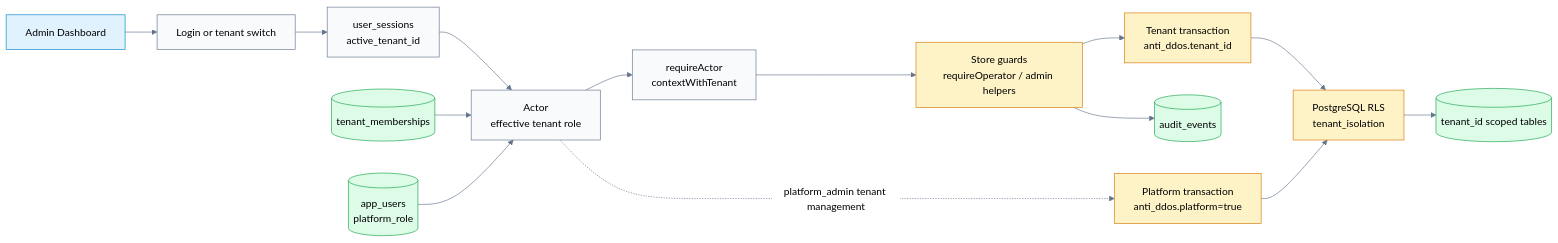
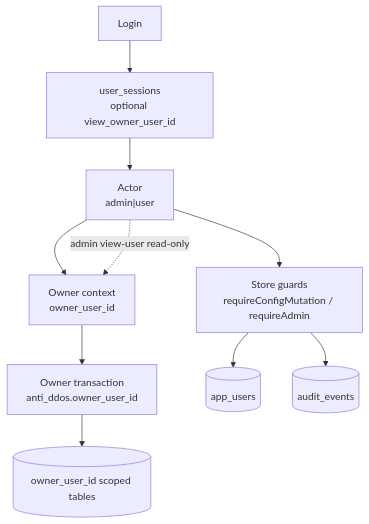
The diagram in docs/diagrams/system-architecture/tenant-rbac-flow.mmd (ken9xkyo/anti-ddos), drawn with Mermaid before and after one commit. The commit also changed 55 other files, not shown here.

```diff
--- a/docs/diagrams/system-architecture/tenant-rbac-flow.mmd
+++ b/docs/diagrams/system-architecture/tenant-rbac-flow.mmd
@@ -1,38 +1,18 @@
-%%{init: {'theme':'base','themeVariables': {'primaryColor':'#f8fafc','primaryTextColor':'#000000','primaryBorderColor':'#94a3b8','lineColor':'#64748b','secondaryColor':'#e0f2fe','tertiaryColor':'#fef3c7','background':'#ffffff','mainBkg':'#ffffff','nodeBorder':'#94a3b8','clusterBkg':'#f8fafc','clusterBorder':'#cbd5e1','titleColor':'#000000','edgeLabelBackground':'#ffffff','textColor':'#000000'}}}%%
-flowchart LR
-    dashboard["Admin Dashboard"]
-    login["Login or tenant switch"]
-    session["user_sessions<br/>active_tenant_id"]
-    actor["Actor<br/>effective tenant role"]
-    membership[("tenant_memberships")]
-    platform[("app_users<br/>platform_role")]
-    requireActor["requireActor<br/>contextWithTenant"]
-    guard["Store guards<br/>requireOperator / admin helpers"]
-    tenantTx["Tenant transaction<br/>anti_ddos.tenant_id"]
-    platformTx["Platform transaction<br/>anti_ddos.platform=true"]
-    rls["PostgreSQL RLS<br/>tenant_isolation"]
-    tenantData[("tenant_id scoped tables")]
+flowchart TD
+    login["Login"]
+    session["user_sessions<br/>optional view_owner_user_id"]
+    actor["Actor<br/>admin|user"]
+    owner["Owner context<br/>owner_user_id"]
+    guard["Store guards<br/>requireConfigMutation / requireAdmin"]
+    ownerTx["Owner transaction<br/>anti_ddos.owner_user_id"]
+    data[("owner_user_id scoped tables")]
+    account[("app_users")]
     audit[("audit_events")]
 
-    dashboard --> login
-    login --> session
-    membership --> actor
-    platform --> actor
-    session --> actor
-    actor --> requireActor
-    requireActor --> guard
-    guard --> tenantTx
-    actor -. "platform_admin tenant management" .-> platformTx
-    tenantTx --> rls
-    platformTx --> rls
-    rls --> tenantData
+    login --> session --> actor
+    actor --> owner
+    actor --> guard
+    owner --> ownerTx --> data
+    guard --> account
     guard --> audit
-
-    classDef ui fill:#e0f2fe,stroke:#0284c7,color:#000000;
-    classDef auth fill:#f8fafc,stroke:#64748b,color:#000000;
-    classDef db fill:#dcfce7,stroke:#16a34a,color:#000000;
-    classDef guard fill:#fef3c7,stroke:#d97706,color:#000000;
-    class dashboard ui;
-    class login,session,actor,requireActor auth;
-    class membership,platform,tenantData,audit db;
-    class guard,tenantTx,platformTx,rls guard;
+    actor -. "admin view-user read-only" .-> owner
```
